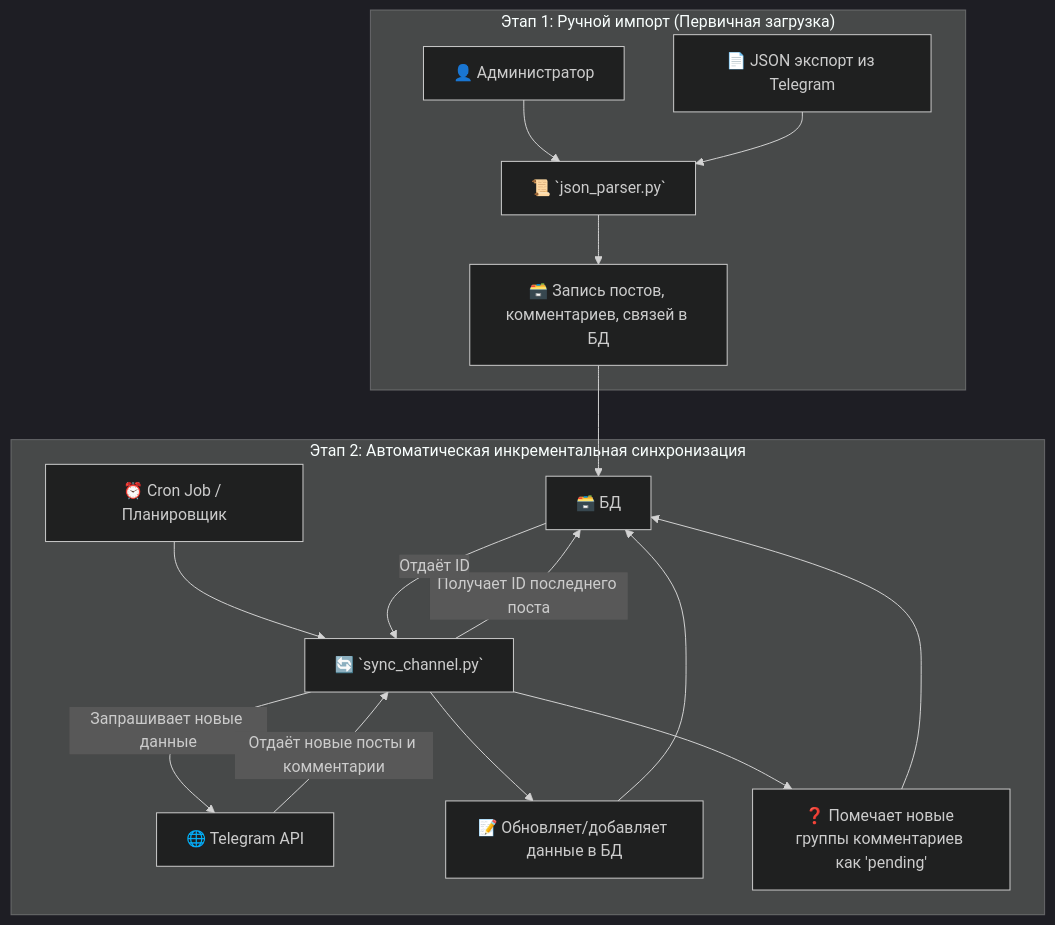
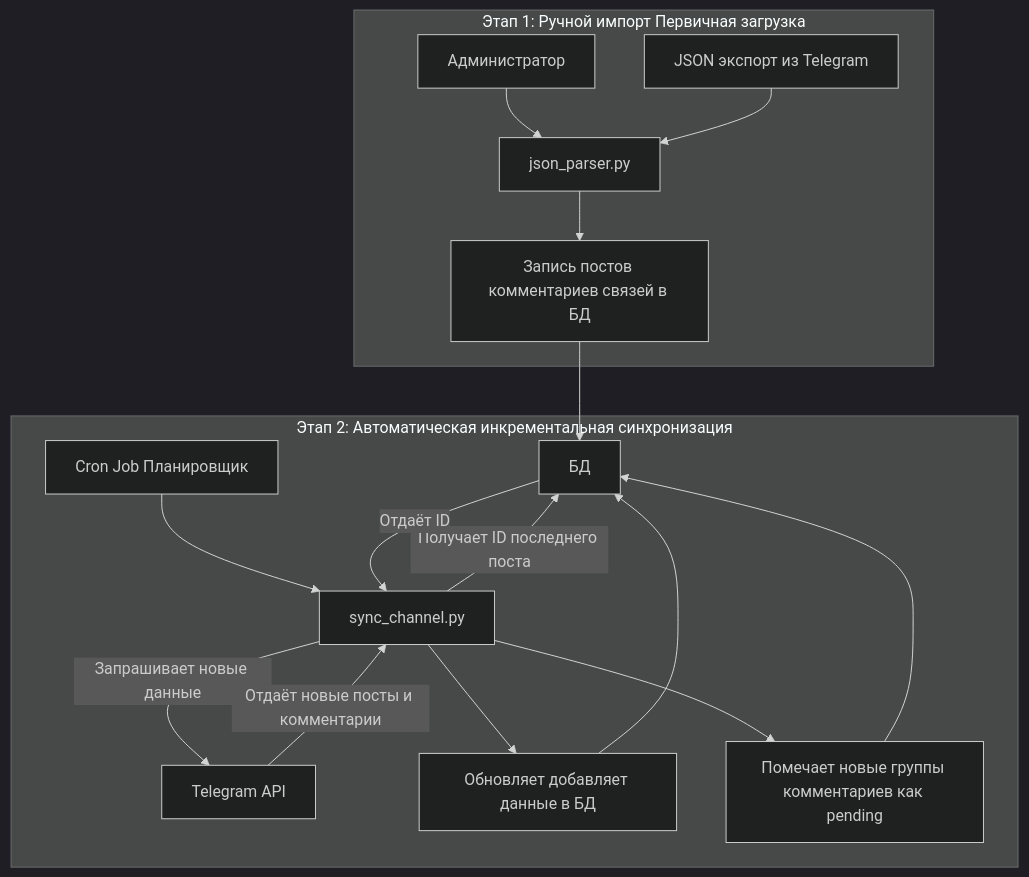
The third of 5 diagrams in README.md (shao3d/Experts_panel), drawn with Mermaid (dark theme) before and after one commit. The commit also changed other lines of this file, not shown here.

First line of the commit message:
fix: исправлены Mermaid диаграммы для GitHub

````diff
--- a/README.md
+++ b/README.md
@@ -72,22 +72,22 @@
 ```mermaid
 graph TD
-    subgraph "Этап 1: Ручной импорт (Первичная загрузка)"
-        A[👤 Администратор] --> B[📜 `json_parser.py`];
-        C[📄 JSON экспорт из Telegram] --> B;
-        B --> D[🗃️ Запись постов, комментариев, связей в БД];
+    subgraph "Этап 1: Ручной импорт Первичная загрузка"
+        A[Администратор] --> B[json_parser.py]
+        C[JSON экспорт из Telegram] --> B
+        B --> D[Запись постов комментариев связей в БД]
     end
 
     subgraph "Этап 2: Автоматическая инкрементальная синхронизация"
-        E[⏰ Cron Job / Планировщик] --> F[🔄 `sync_channel.py`];
-        F -- "Получает ID последнего поста" --> G[🗃️ БД];
-        G -- "Отдаёт ID" --> F;
-        F -- "Запрашивает новые данные" --> H[🌐 Telegram API];
-        H -- "Отдаёт новые посты и комментарии" --> F;
-        F --> I[📝 Обновляет/добавляет данные в БД];
-        F --> J[❓ Помечает новые группы комментариев как 'pending'];
+        E[Cron Job Планировщик] --> F[sync_channel.py]
+        F -- "Получает ID последнего поста" --> G[БД]
+        G -- "Отдаёт ID" --> F
+        F -- "Запрашивает новые данные" --> H[Telegram API]
+        H -- "Отдаёт новые посты и комментарии" --> F
+        F --> I[Обновляет добавляет данные в БД]
+        F --> J[Помечает новые группы комментариев как pending]
     end
 
-    D --> G;
-    I --> G;
-    J --> G;
+    D --> G
+    I --> G
+    J --> G
 ```
````
